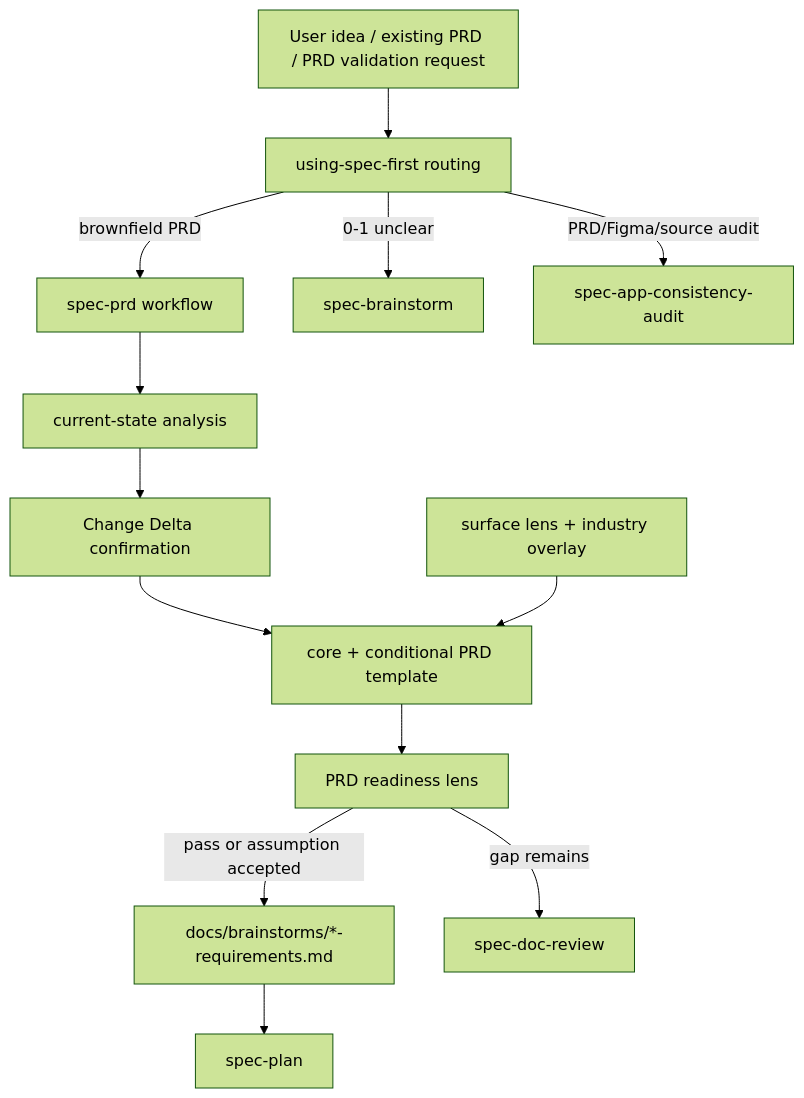
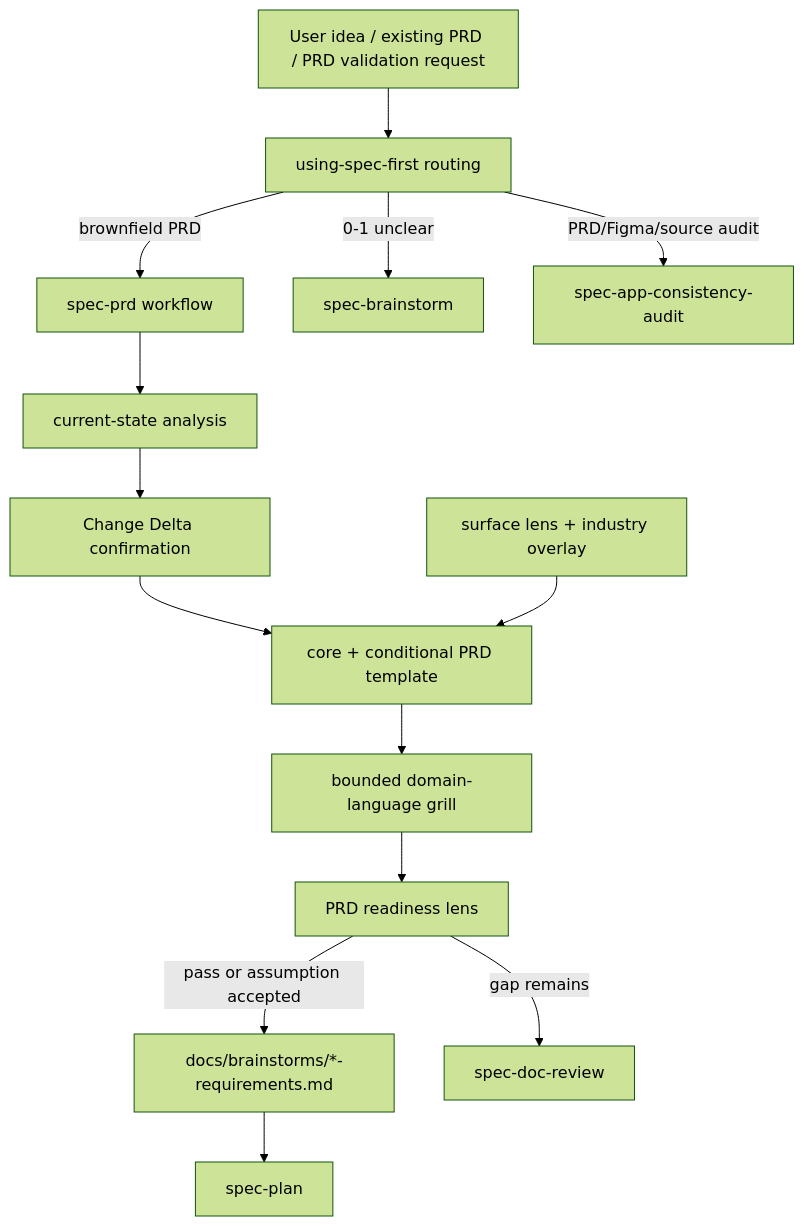
Before and after one commit to ajiao7240/spec-first: the diagram in docs/plans/2026-05-31-001-feat-spec-prd-workflow-plan.md, drawn with Mermaid (forest theme). The commit also changed other lines of this file and 22 other files, not shown here.

````diff
--- a/docs/plans/2026-05-31-001-feat-spec-prd-workflow-plan.md
+++ b/docs/plans/2026-05-31-001-feat-spec-prd-workflow-plan.md
@@ -205,24 +217,25 @@
 ```mermaid
 flowchart TD
   UserInput[User idea / existing PRD / PRD validation request]
   Route[using-spec-first routing]
   Prd[spec-prd workflow]
   CurrentState[current-state analysis]
   Delta[Change Delta confirmation]
   Template[core + conditional PRD template]
   Lens[surface lens + industry overlay]
+  Grill[bounded domain-language grill]
   Ready[PRD readiness lens]
   Artifact[docs/brainstorms/*-requirements.md]
   Plan[spec-plan]
   DocReview[spec-doc-review]
 
   UserInput --> Route
   Route -->|0-1 unclear| Brainstorm[spec-brainstorm]
   Route -->|brownfield PRD| Prd
   Route -->|PRD/Figma/source audit| AppAudit[spec-app-consistency-audit]
   Prd --> CurrentState --> Delta --> Template
   Lens --> Template
-  Template --> Ready
+  Template --> Grill --> Ready
   Ready -->|pass or assumption accepted| Artifact --> Plan
   Ready -->|gap remains| DocReview
 ```
````
